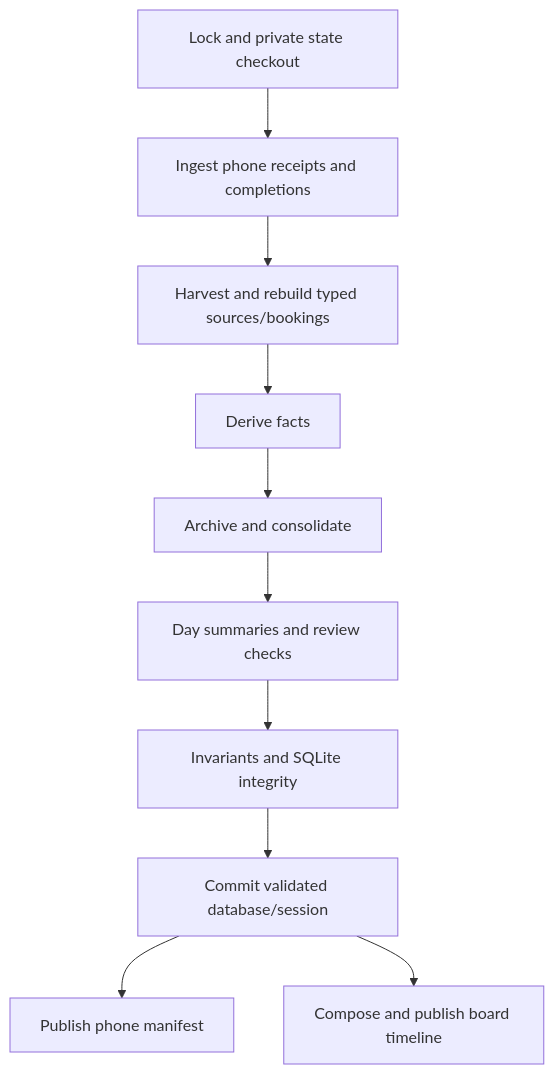
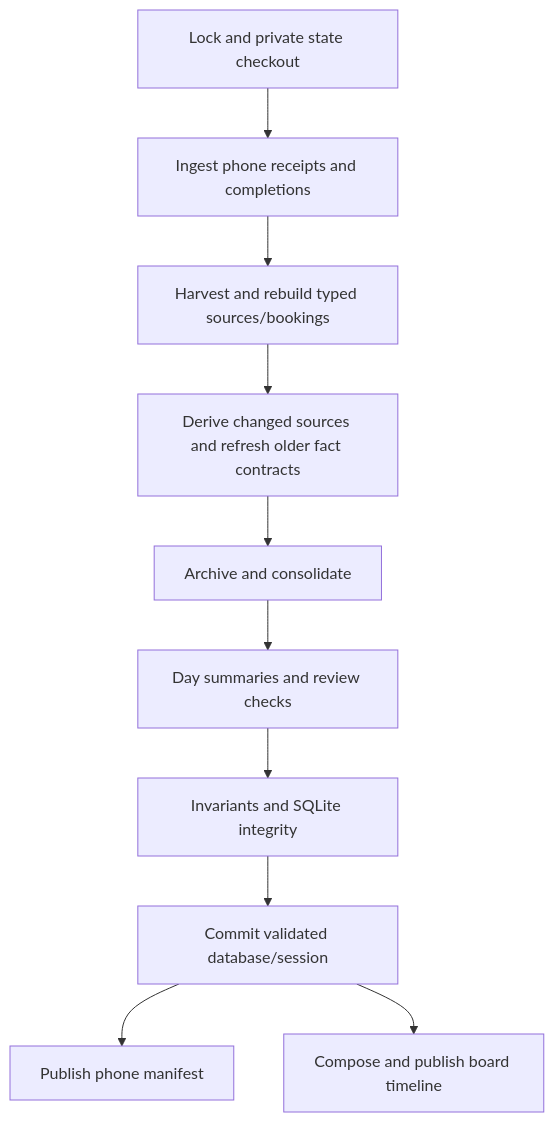
One commit to mhovgaard/skolekit changed the diagram in docs/architecture.md. Above: the diagram before and after it, drawn with Mermaid. The commit also changed other lines of this file and 12 other files, not shown here.

````diff
--- a/docs/architecture.md
+++ b/docs/architecture.md
@@ -32,12 +32,12 @@
 ```mermaid
 flowchart TD
     Checkout[Lock and private state checkout] --> Receipt[Ingest phone receipts and completions]
     Receipt --> Harvest[Harvest and rebuild typed sources/bookings]
-    Harvest --> Derive[Derive facts]
+    Harvest --> Derive[Derive changed sources and refresh older fact contracts]
     Derive --> Clean[Archive and consolidate]
     Clean --> Check[Day summaries and review checks]
     Check --> Validate[Invariants and SQLite integrity]
     Validate --> Commit[Commit validated database/session]
     Commit --> Phone[Publish phone manifest]
     Commit --> Frames[Compose and publish board timeline]
 ```
````
